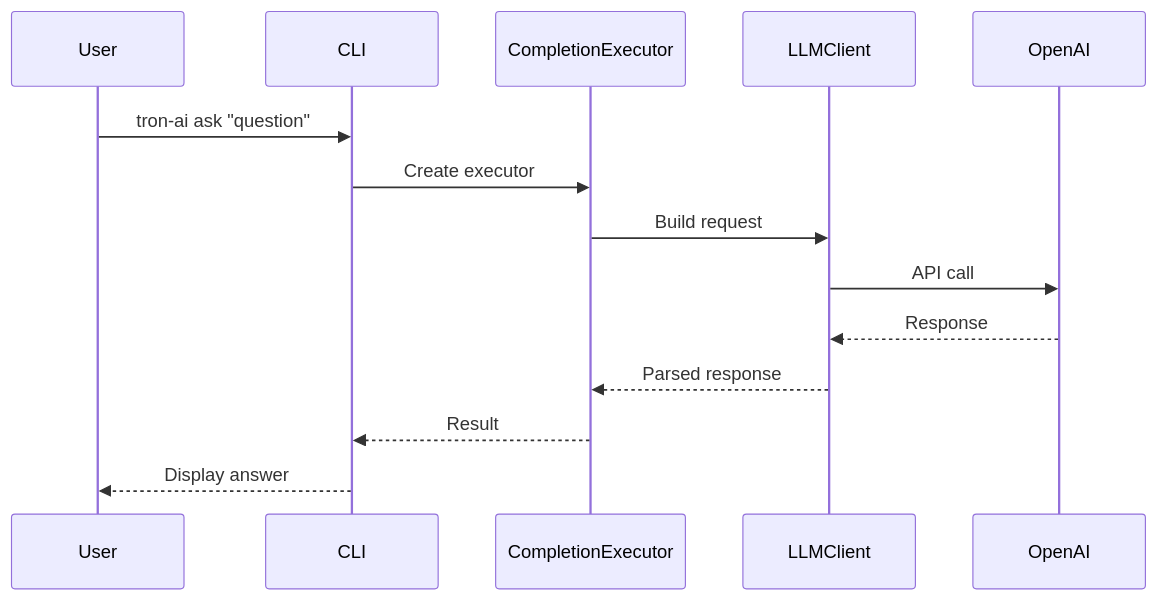
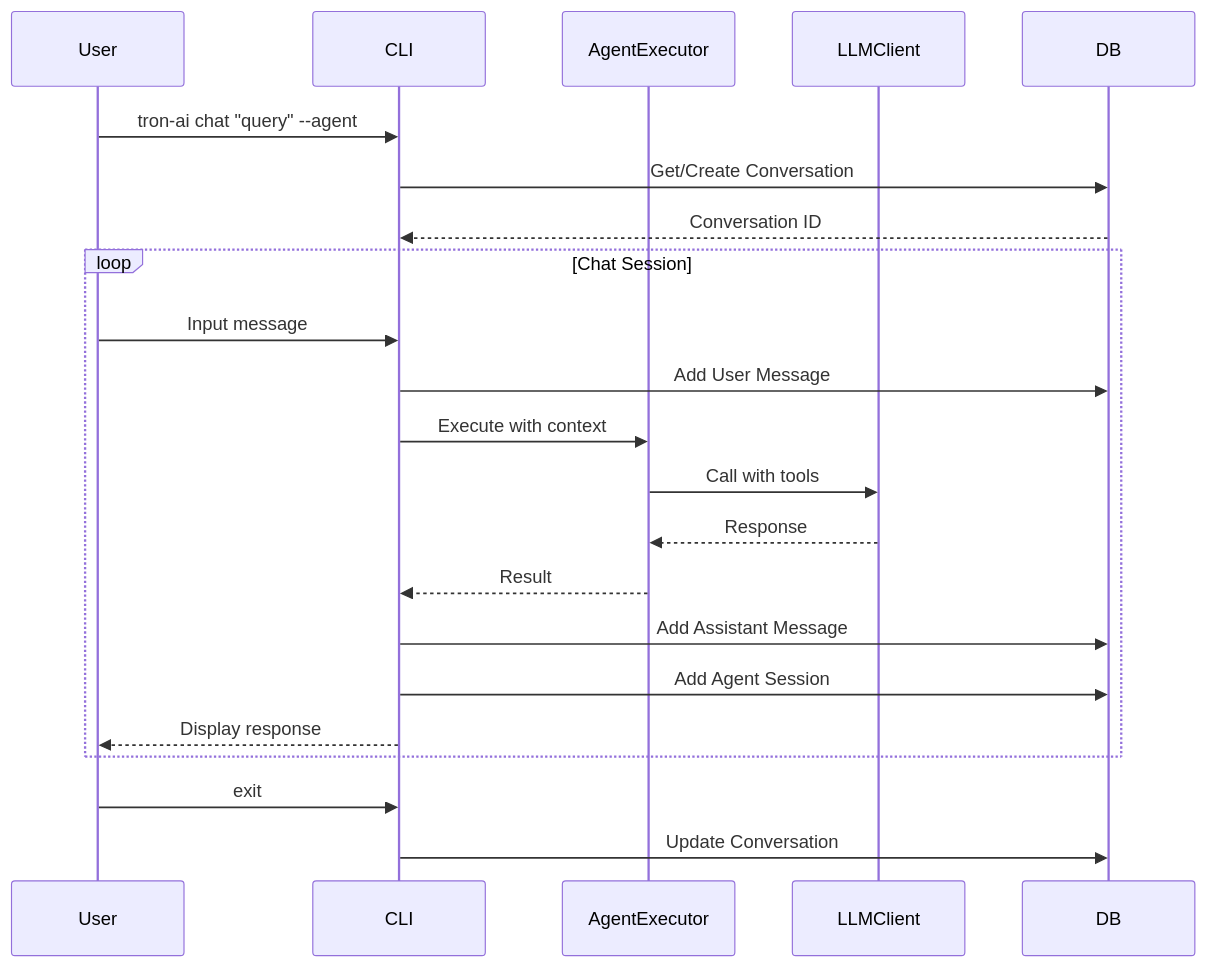
Before and after one commit to Bioto/tron-ai: the third of 4 diagrams in docs/cli-guide.md, drawn with Mermaid. The commit also changed other lines of this file and 6 other files, not shown here.

````diff
--- a/docs/cli-guide.md
+++ b/docs/cli-guide.md
@@ -192,17 +198,25 @@
 ```mermaid
 sequenceDiagram
     participant User
     participant CLI
-    participant CompletionExecutor
+    participant AgentExecutor
     participant LLMClient
-    participant OpenAI
+    participant DB
     
-    User->>CLI: tron-ai ask "question"
-    CLI->>CompletionExecutor: Create executor
-    CompletionExecutor->>LLMClient: Build request
-    LLMClient->>OpenAI: API call
-    OpenAI-->>LLMClient: Response
-    LLMClient-->>CompletionExecutor: Parsed response
-    CompletionExecutor-->>CLI: Result
-    CLI-->>User: Display answer
+    User->>CLI: tron-ai chat "query" --agent
+    CLI->>DB: Get/Create Conversation
+    DB-->>CLI: Conversation ID
+    loop Chat Session
+        User->>CLI: Input message
+        CLI->>DB: Add User Message
+        CLI->>AgentExecutor: Execute with context
+        AgentExecutor->>LLMClient: Call with tools
+        LLMClient-->>AgentExecutor: Response
+        AgentExecutor-->>CLI: Result
+        CLI->>DB: Add Assistant Message
+        CLI->>DB: Add Agent Session
+        CLI-->>User: Display response
+    end
+    User->>CLI: exit
+    CLI->>DB: Update Conversation
 ```
````
